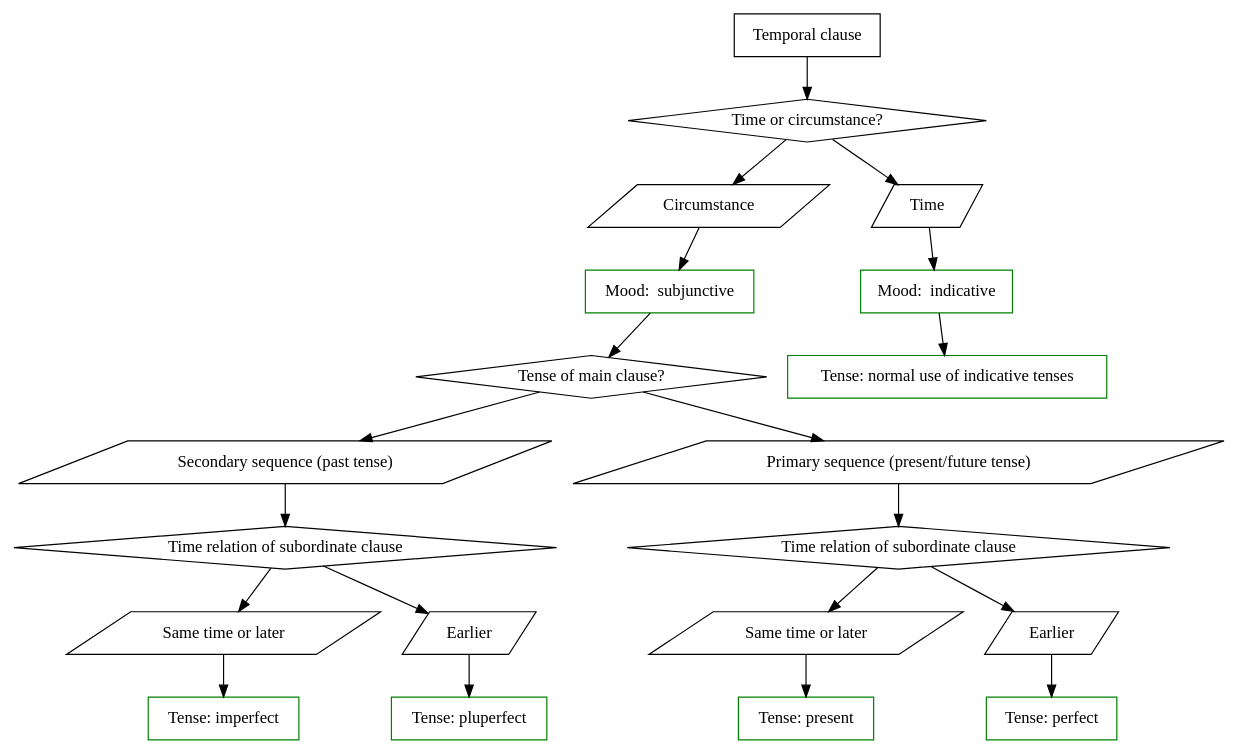
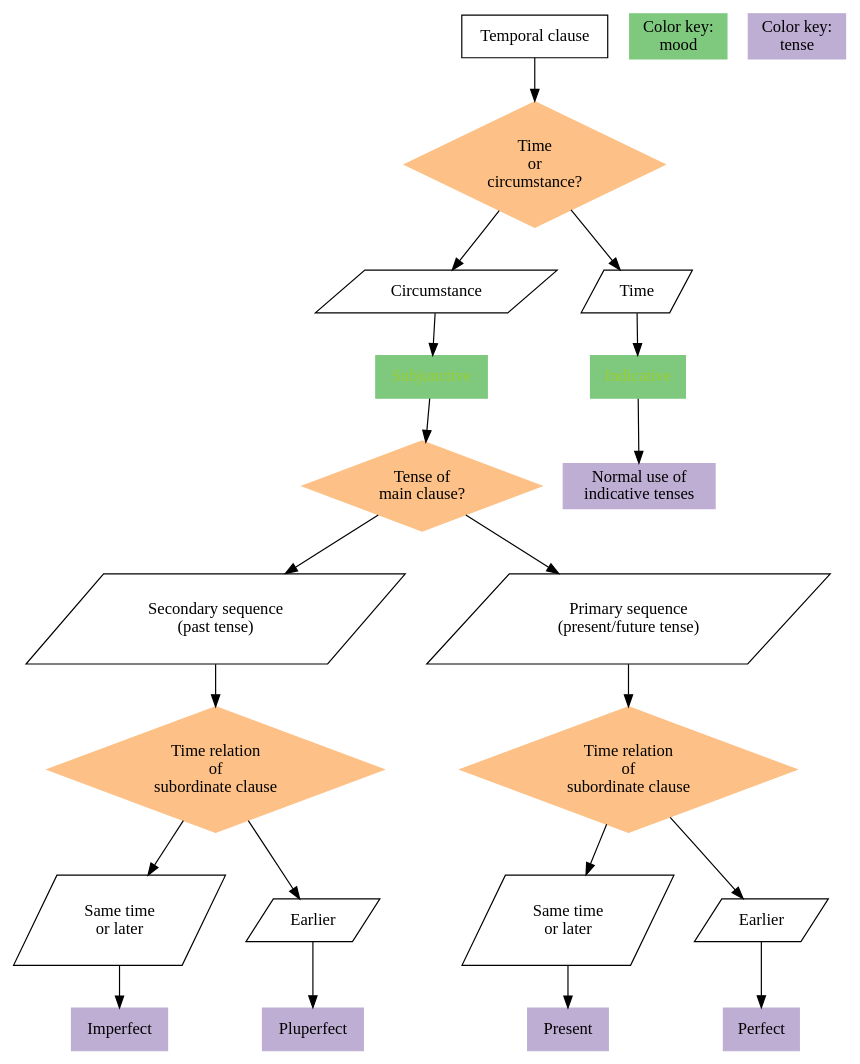
One commit to neelsmith/latin102 changed the diagram in S21-04/slides/seqoftenses.dot. Above: the diagram before and after it, drawn with Graphviz.

Commit message:
Improve appearance

```diff
--- a/S21-04/slides/seqoftenses.dot
+++ b/S21-04/slides/seqoftenses.dot
@@ -1,92 +1,95 @@
 digraph sot {
-    node [fontname = "Handlee"];
-    edge [fontname = "Handlee"];
+    node [fontname = "Chalkduster", colorscheme=accent3];
+    edge [fontname = "Chalkduster"];
 
 	Clause -> Time_or_circumstance;
     Time_or_circumstance -> Circumstance;
     Time_or_circumstance -> Time;
 
     
     
     Circumstance -> Subjunctive;
     Indicative -> Normal_use_of_indicative_tense;
     Subjunctive ->  Tense_of_main_clause;
     Tense_of_main_clause -> Past;
     Tense_of_main_clause -> Present_or_future;
     Present_or_future -> primary_time;
 
     primary_time -> Primary_contemporary;
     primary_time -> Primary_earlier;
 
     Past -> secondary_time;
     secondary_time -> Secondary_contemporary;
     secondary_time -> Secondary_earlier;
     
 
     Primary_contemporary -> Present;
     Primary_earlier -> Perfect;
     Secondary_contemporary -> Imperfect;
     Secondary_earlier -> Pluperfect;
 
     Time -> Indicative;
 
 	Clause [shape=box];
     
     Time [shape=parallelogram];
     Circumstance [shape=parallelogram];
-    Subjunctive [shape=box, color=green];
+    Subjunctive [shape=box, color=yellowgreen, fontcolor=yellowgreen];
 
-    Indicative [shape=box, color=green];
+    Indicative [shape=box, color=yellowgreen, fontcolor=yellowgreen];
 	Normal_use_of_indicative_tense [shape=box];
-    Normal_use_of_indicative_tense [label="Tense: normal use of indicative tenses"]
-    Normal_use_of_indicative_tense[color=green];
+    Normal_use_of_indicative_tense [label="Normal use of \nindicative tenses", color=2, style=filled]
+    
 
 
-    Time_or_circumstance [ label = "Time or circumstance?"]
-    Time_or_circumstance [shape=diamond];
+    Time_or_circumstance [ label = "Time\nor\ncircumstance?"]
+    Time_or_circumstance [shape=diamond, color=3, style=filled];
 
-    Tense_of_main_clause [ label = "Tense of main clause?"]
-    Tense_of_main_clause [shape = diamond];
+    Tense_of_main_clause [ label = "Tense of\nmain clause?"]
+    Tense_of_main_clause [shape = diamond, color=3, style=filled];
 
     Past [shape = parallelogram];
-    Past [label = "Secondary sequence (past tense)"];
+    Past [label = "Secondary sequence\n(past tense)"];
     Present_or_future [shape = parallelogram];
-    Present_or_future [label = "Primary sequence (present/future tense)"];
+    Present_or_future [label = "Primary sequence\n(present/future tense)"];
 
-    secondary_time [label= "Time relation of subordinate clause"]
-    secondary_time [shape=diamond];
+    secondary_time [label= "Time relation\nof\nsubordinate clause"]
+    secondary_time [shape=diamond,color=3, style=filled];
 
     Secondary_contemporary[shape = parallelogram];
-    Secondary_contemporary[label = "Same time or later"];
+    Secondary_contemporary[label = "Same time\nor later"];
     Secondary_earlier[shape=parallelogram];
     Secondary_earlier[label="Earlier"];
 
-    primary_time [label= "Time relation of subordinate clause"]
-    primary_time [shape=diamond];
+    primary_time [label= "Time relation\nof\nsubordinate clause"]
+    primary_time [shape=diamond,color=3, style=filled];
 
     Primary_contemporary[shape = parallelogram];
-    Primary_contemporary[label = "Same time or later"];
+    Primary_contemporary[label = "Same time\nor later"];
     Primary_earlier[shape=parallelogram];
     Primary_earlier[label="Earlier"];
 
 
     Present_or_future[shape=parallelogram];
-    Present_or_future[label="Primary sequence (present/future tense)"];
+    Present_or_future[label="Primary sequence\n(present/future tense)"];
 
 
     
 
-    Present[shape=box, color=green];
-    Present[label="Tense: present"];
-    Imperfect[shape=box, color=green];
-    Imperfect[label="Tense: imperfect"];
-    Perfect[shape=box, color=green];
-    Perfect[label="Tense: perfect"];
-    Pluperfect[shape=box, color=green];
-    Pluperfect[label="Tense: pluperfect"];
+    Present[shape=box, color=2, style=filled];
+    Present[label="Present"];
+    Imperfect[shape=box, color=2, style=filled];
+    Imperfect[label="Imperfect"];
+    Perfect[shape=box, color=2, style=filled];
+    Perfect[label="Perfect"];
+    Pluperfect[shape=box, color=2, style=filled];
+    Pluperfect[label="Pluperfect"];
 
-    Subjunctive[label = "Mood:  subjunctive"]
-    Indicative[label = "Mood:  indicative"]
+    Subjunctive[label = "Subjunctive", color=1, style=filled]
+    Indicative[label = "Indicative", color=1, style=filled]
 
     Clause[label = "Temporal clause"]
+
+    keymood[shape=box,color=1, style=filled, label="Color key:\nmood"]
+    keytense[shape=box,color=2, style=filled, label="Color key:\ntense"]
 }
```
